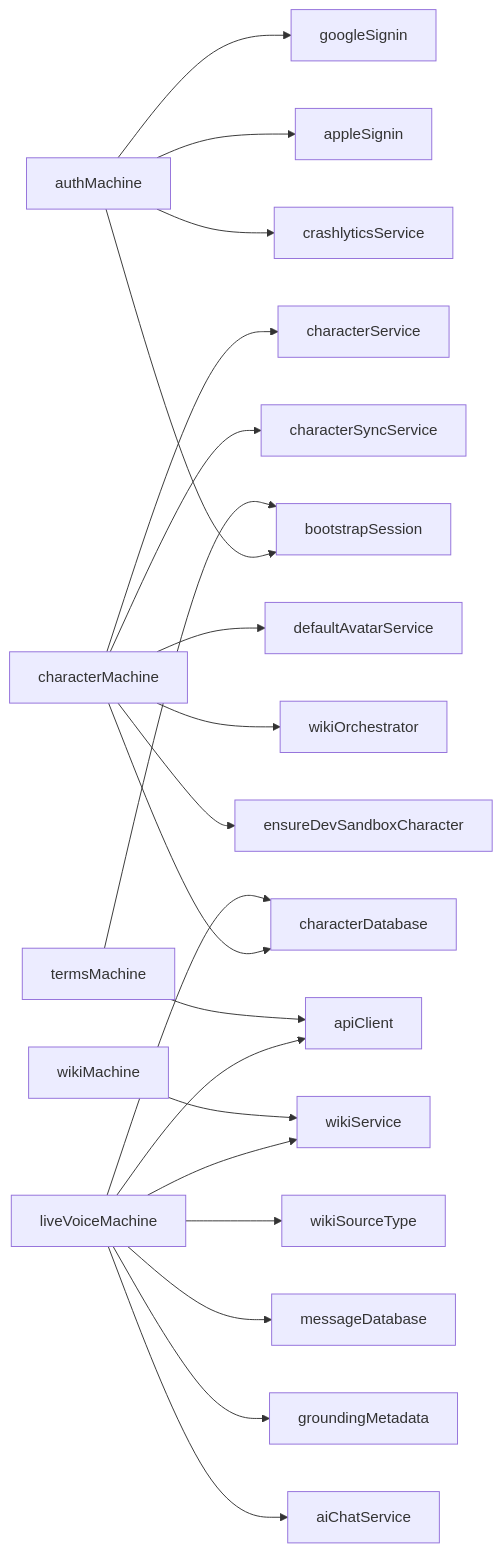
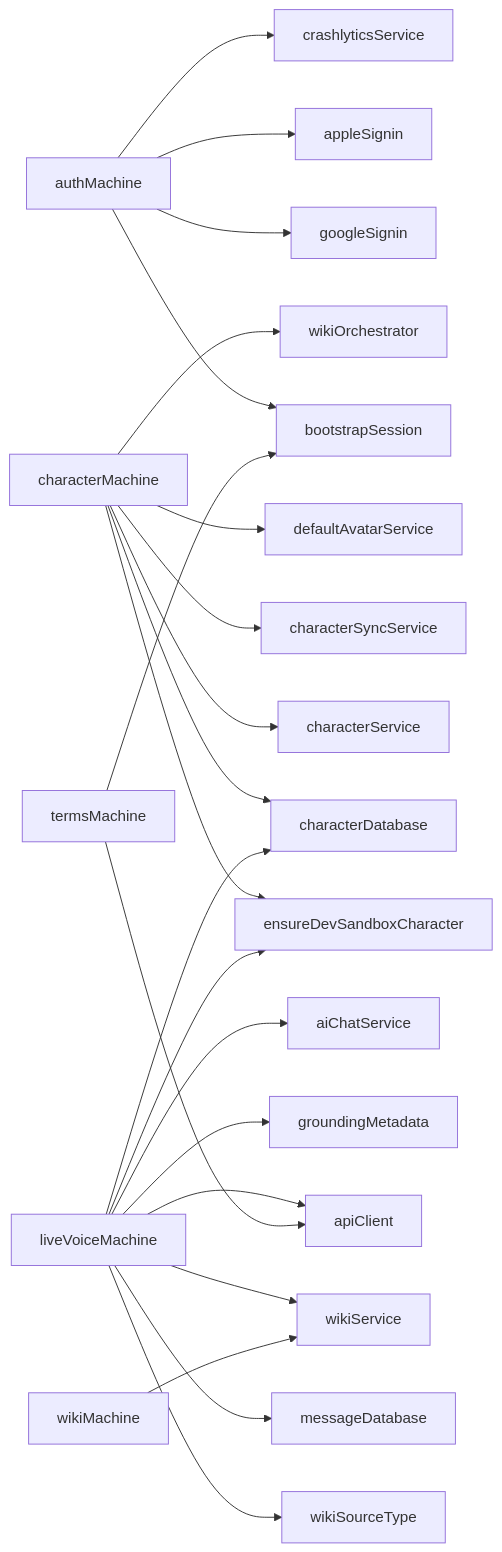
One commit to equationalapplications/clanker changed the diagram in docs/flowcharts/MACHINES.md. Above: the diagram before and after it, drawn with Mermaid. The commit also changed 3 other files, not shown here.

First line of the commit message:
docs(charts): update C4 and dependency flowcharts for browser bridge

````diff
--- a/docs/flowcharts/MACHINES.md
+++ b/docs/flowcharts/MACHINES.md
@@ -4,23 +4,24 @@
 ```mermaid
 graph LR
   authMachine --> googleSignin
   authMachine --> appleSignin
   authMachine --> bootstrapSession
   authMachine --> crashlyticsService
   characterMachine --> characterService
   characterMachine --> characterDatabase
   characterMachine --> characterSyncService
   characterMachine --> defaultAvatarService
   characterMachine --> wikiOrchestrator
   characterMachine --> ensureDevSandboxCharacter
+  liveVoiceMachine --> ensureDevSandboxCharacter
   liveVoiceMachine --> wikiService
   liveVoiceMachine --> apiClient
   liveVoiceMachine --> wikiSourceType
   liveVoiceMachine --> messageDatabase
   liveVoiceMachine --> characterDatabase
   liveVoiceMachine --> groundingMetadata
   liveVoiceMachine --> aiChatService
   termsMachine --> apiClient
   termsMachine --> bootstrapSession
   wikiMachine --> wikiService
 ```
````
